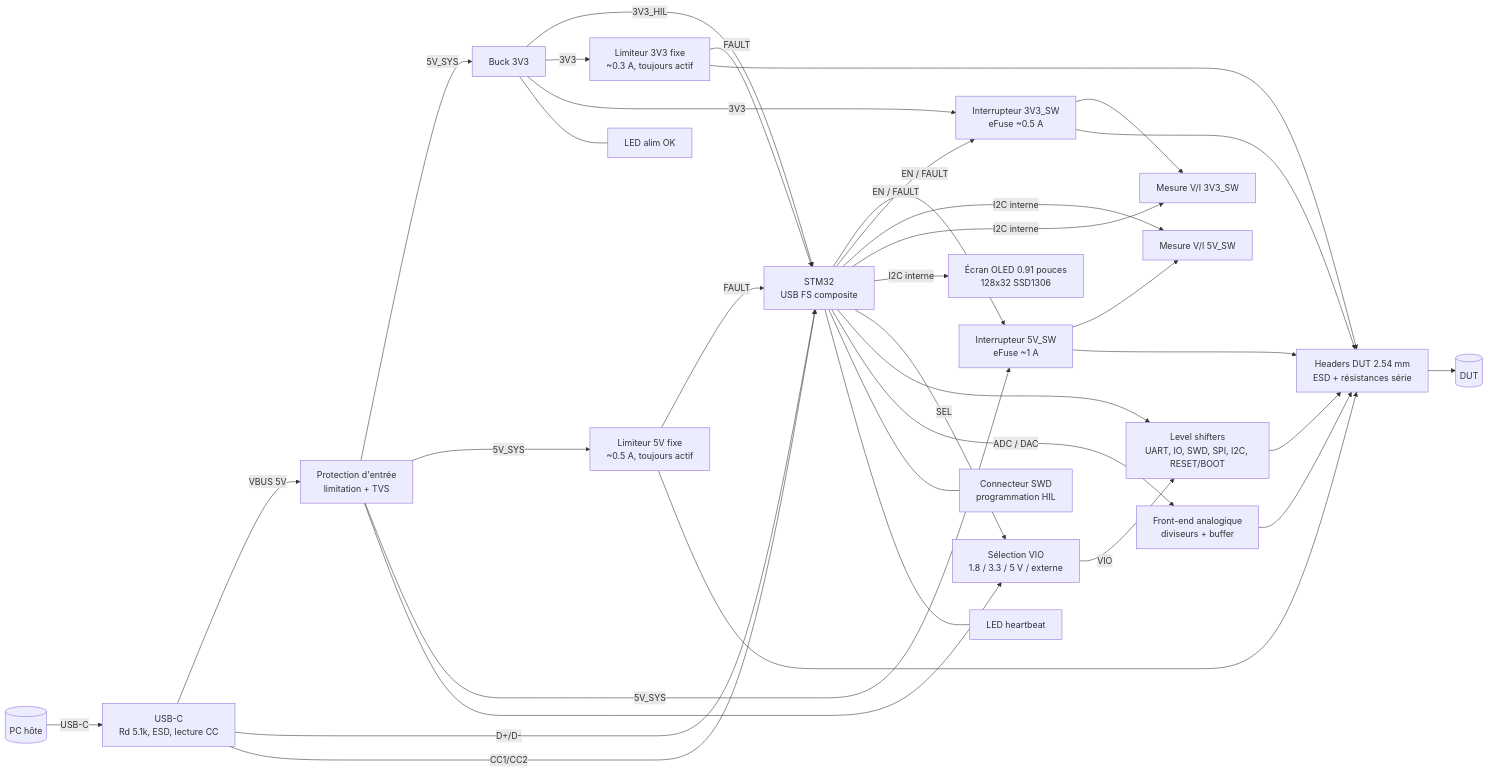
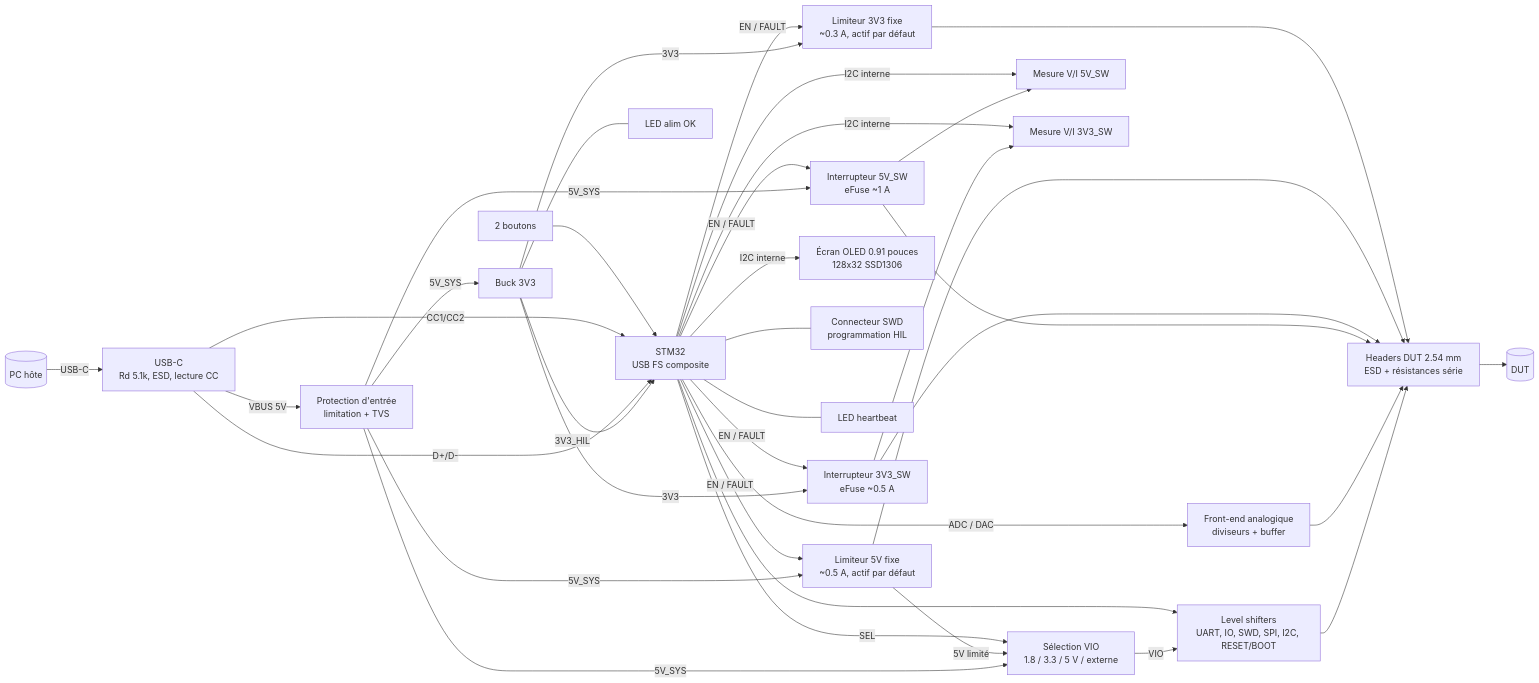
One commit to AlksGit/OOTY- changed the diagram in SPEC.md. Above: the diagram before and after it, drawn with Mermaid. The commit also changed other lines of this file and 1 other file, not shown here.

Commit message:
docs: record checkpoint review, LQFP-80 MCU, new pin map, rules and placement

````diff
--- a/SPEC.md
+++ b/SPEC.md
@@ -22,37 +22,39 @@
 ```mermaid
 flowchart LR
     PC[(PC hôte)] -- USB-C --> USBC[USB-C<br/>Rd 5.1k, ESD, lecture CC]
     USBC -- VBUS 5V --> INPROT[Protection d'entrée<br/>limitation + TVS]
     INPROT -- 5V_SYS --> REG33[Buck 3V3]
     REG33 -- 3V3_HIL --> MCU
-    INPROT -- 5V_SYS --> SW5F[Limiteur 5V fixe<br/>~0.5 A, toujours actif]
+    INPROT -- 5V_SYS --> SW5F[Limiteur 5V fixe<br/>~0.5 A, actif par défaut]
     INPROT -- 5V_SYS --> SW5[Interrupteur 5V_SW<br/>eFuse ~1 A]
-    REG33 -- 3V3 --> SW33F[Limiteur 3V3 fixe<br/>~0.3 A, toujours actif]
+    REG33 -- 3V3 --> SW33F[Limiteur 3V3 fixe<br/>~0.3 A, actif par défaut]
     REG33 -- 3V3 --> SW33[Interrupteur 3V3_SW<br/>eFuse ~0.5 A]
-    INPROT --> VIOGEN[Sélection VIO<br/>1.8 / 3.3 / 5 V / externe]
+    INPROT -- 5V_SYS --> VIOGEN[Sélection VIO<br/>1.8 / 3.3 / 5 V / externe]
+    SW5F -- 5V limité --> VIOGEN
     SW5 --> INA5[Mesure V/I 5V_SW]
     SW33 --> INA33[Mesure V/I 3V3_SW]
     USBC -- D+/D- --> MCU[STM32<br/>USB FS composite]
     USBC -- CC1/CC2 --> MCU
     MCU -- EN / FAULT --> SW5
     MCU -- EN / FAULT --> SW33
-    SW5F -- FAULT --> MCU
-    SW33F -- FAULT --> MCU
+    MCU -- EN / FAULT --> SW5F
+    MCU -- EN / FAULT --> SW33F
     MCU -- I2C interne --> INA5
     MCU -- I2C interne --> INA33
     MCU -- I2C interne --> OLED[Écran OLED 0.91 pouces<br/>128x32 SSD1306]
     MCU -- SEL --> VIOGEN
     VIOGEN -- VIO --> LS[Level shifters<br/>UART, IO, SWD, SPI, I2C, RESET/BOOT]
     MCU --> LS
     MCU -- ADC / DAC --> ANA[Front-end analogique<br/>diviseurs + buffer]
     LS --> HDR[Headers DUT 2.54 mm<br/>ESD + résistances série]
     ANA --> HDR
     SW5 --> HDR
     SW33 --> HDR
     SW5F --> HDR
     SW33F --> HDR
     MCU --- DBG[Connecteur SWD<br/>programmation HIL]
     MCU --- LED[LED heartbeat]
+    BTN[2 boutons] --> MCU
     REG33 --- LEDP[LED alim OK]
     HDR --> DUT[(DUT)]
 ```
````
